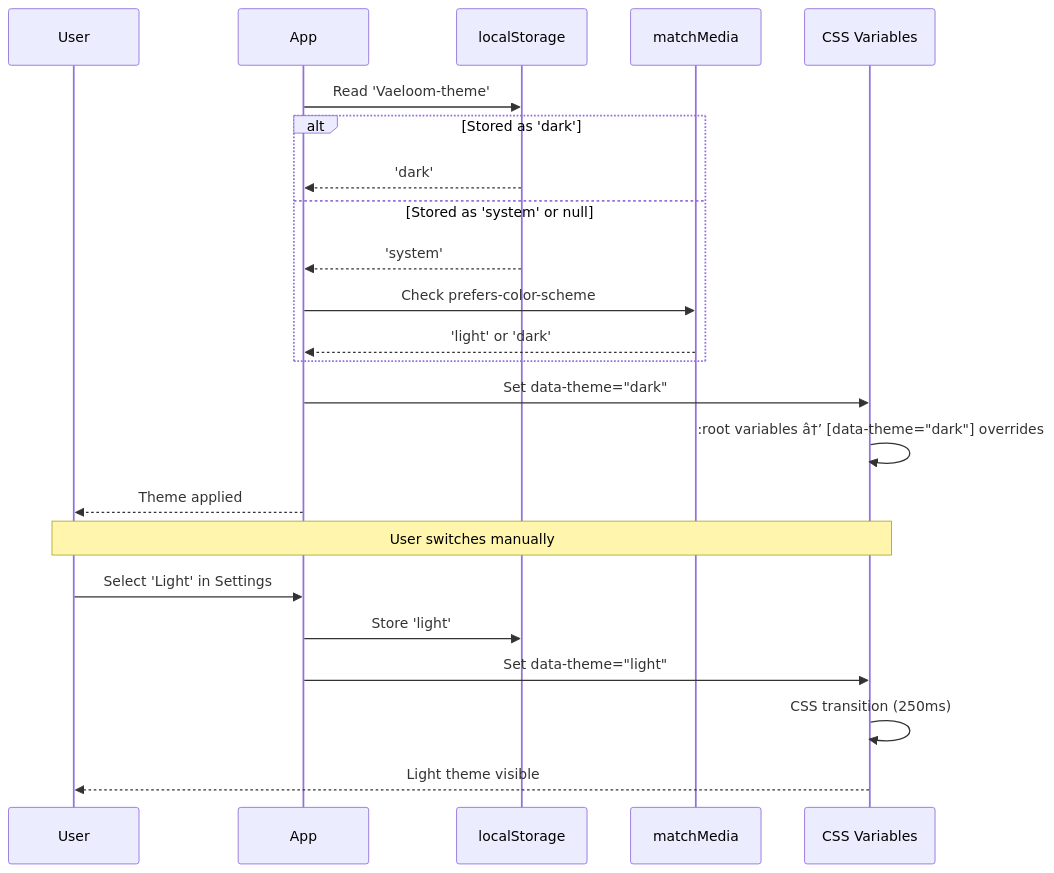
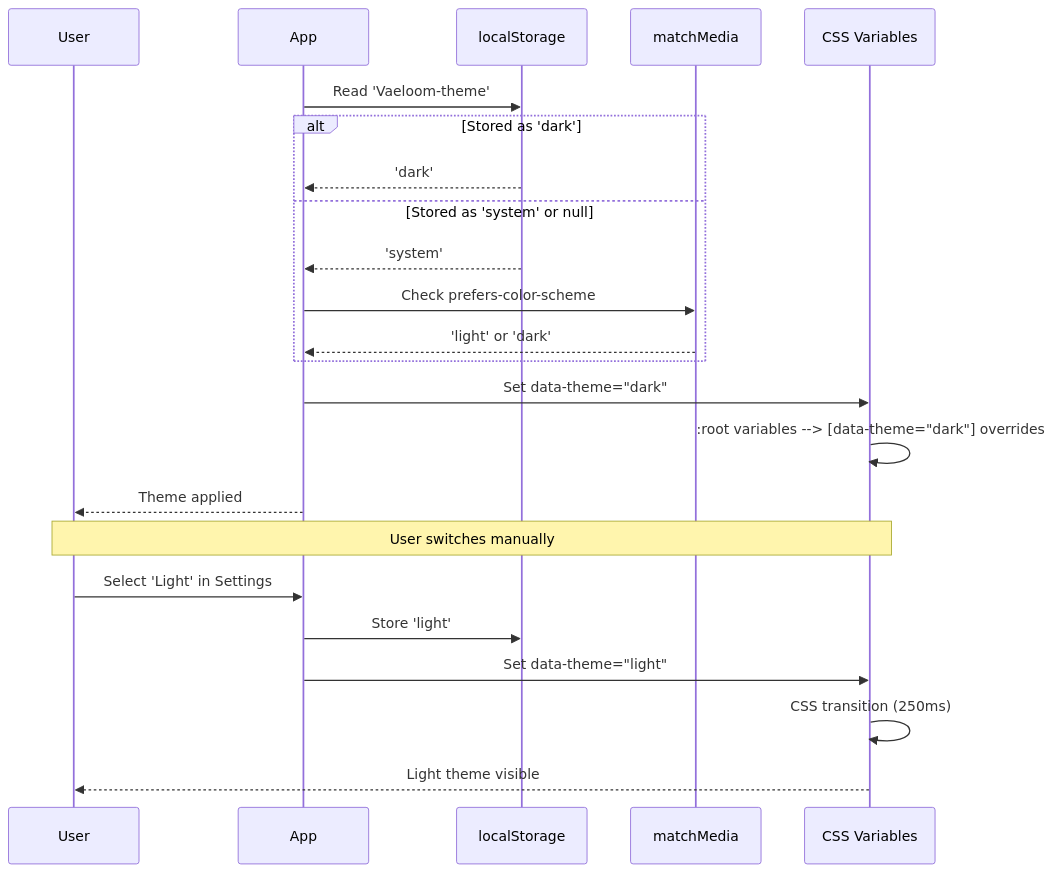
One commit to Driftloom/Vaeloom changed the fourth of 4 diagrams in Docs/Frontend/Theme-System.md. Above: the diagram before and after it, drawn with Mermaid. The commit also changed other lines of this file and 24 other files, not shown here.

Commit message:
docs(frontend): add UI architecture, design system, a11y, theme, and previews

````diff
--- a/Docs/Frontend/Theme-System.md
+++ b/Docs/Frontend/Theme-System.md
@@ -1040,27 +1040,27 @@
 ```mermaid
 sequenceDiagram
     participant U as User
     participant APP as App
     participant LS as localStorage
     participant MQ as matchMedia
     participant CSS as CSS Variables
 
     APP->>LS: Read 'Vaeloom-theme'
     alt Stored as 'dark'
         LS-->>APP: 'dark'
     else Stored as 'system' or null
         LS-->>APP: 'system'
         APP->>MQ: Check prefers-color-scheme
         MQ-->>APP: 'light' or 'dark'
     end
     APP->>CSS: Set data-theme="dark"
-    CSS->>CSS: :root variables â†’ [data-theme="dark"] overrides
+    CSS->>CSS: :root variables --> [data-theme="dark"] overrides
     APP-->>U: Theme applied
 
     Note over U,CSS: User switches manually
     U->>APP: Select 'Light' in Settings
     APP->>LS: Store 'light'
     APP->>CSS: Set data-theme="light"
     CSS->>CSS: CSS transition (250ms)
     CSS-->>U: Light theme visible
 ```
````
